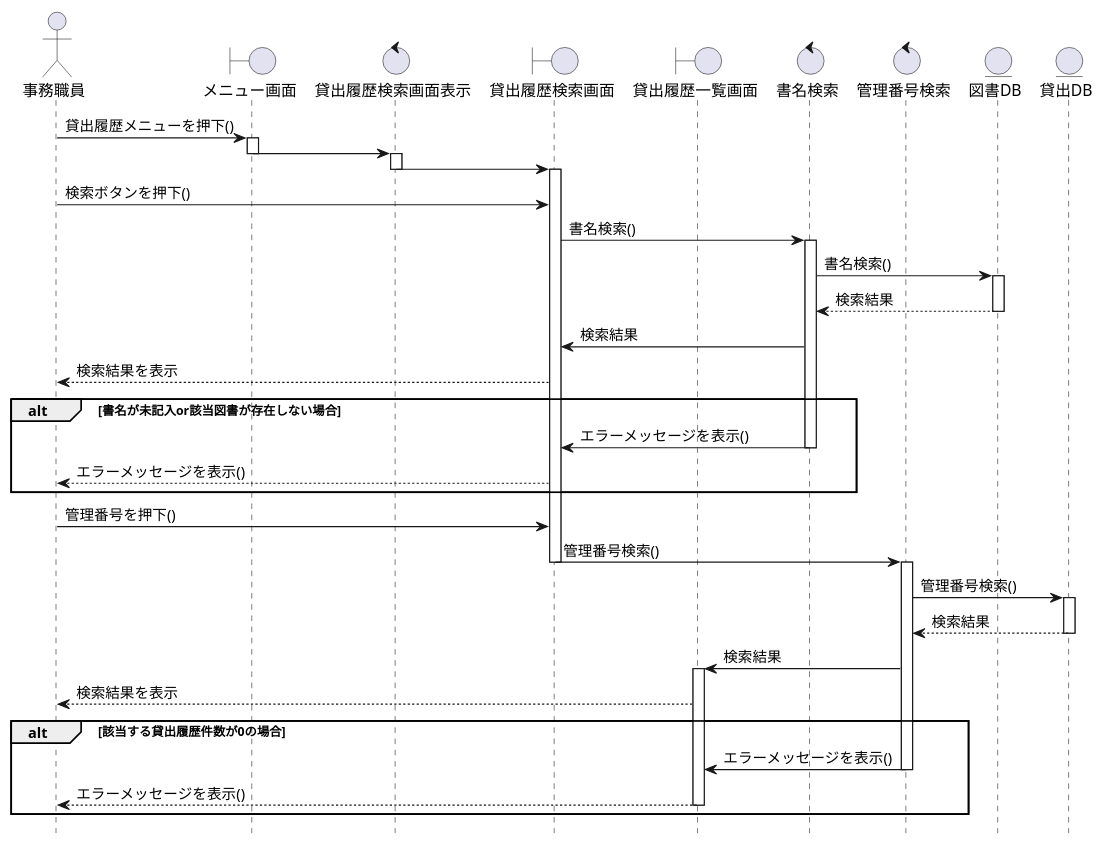
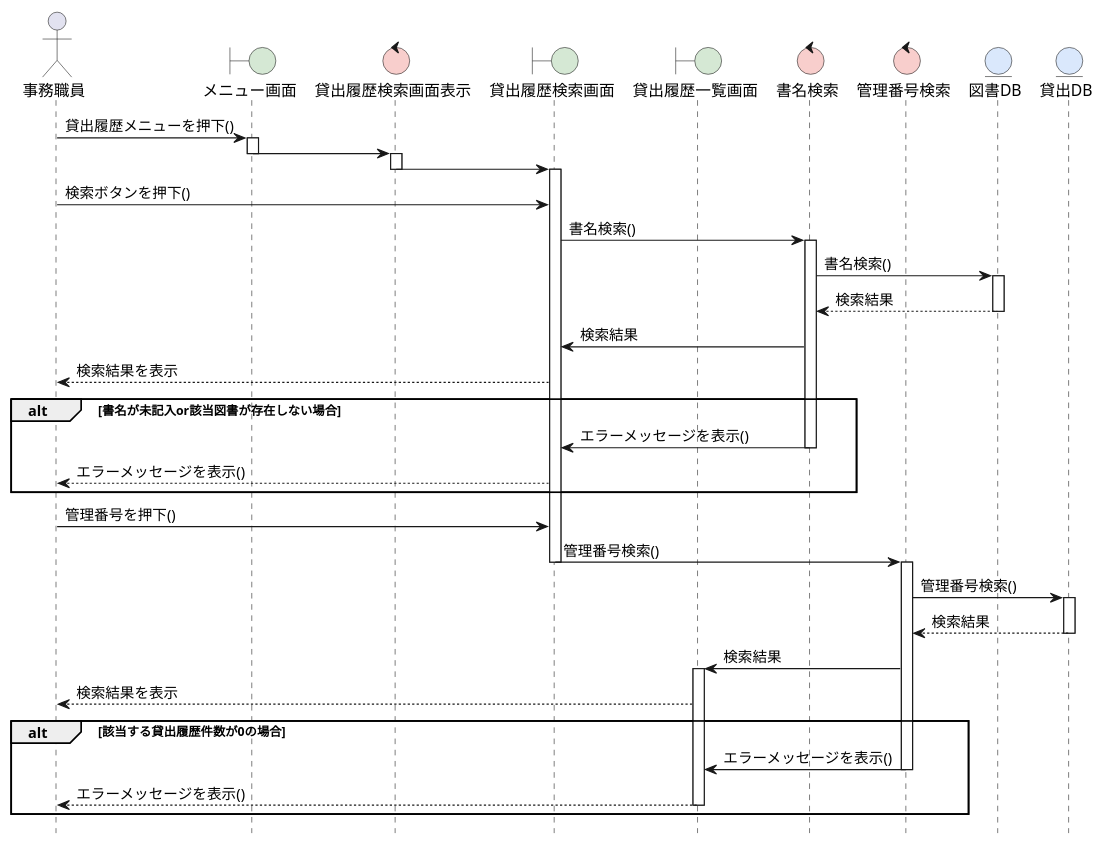
The diagram in kouka2/sequense_view.pu (FujikawaHirono0520/group3_1_dogdog), drawn with PlantUML before and after one commit.

Commit message:
閲覧履歴

```diff
--- a/kouka2/sequense_view.pu
+++ b/kouka2/sequense_view.pu
@@ -1,76 +1,79 @@
 @startuml  貸出履歴検索・一覧表示シーケンス図 
 
 ' 図の下部にある参加者名を非表示にします
 hide footbox
+skinparam boundaryBackgroundColor #D5E8D4
+skinparam controlBackgroundColor  #F8CECC
+skinparam entityBackgroundColor   #DAE8FC
 
 ' 参加者の定義
 actor 事務職員
 boundary "メニュー画面" as Menu
 control "貸出履歴検索画面表示" as SearchDisplayControl
 boundary "貸出履歴検索画面" as SearchScreen
 boundary "貸出履歴一覧画面" as ListScreen
 control "書名検索" as TitleSearchControl
 control "管理番号検索" as IdSearchControl
 entity "図書DB" as BookDB
 entity "貸出DB" as LoanDB
 
 
 ' 処理開始
 事務職員 -> Menu : 貸出履歴メニューを押下()
 activate Menu
 Menu -> SearchDisplayControl
 deactivate Menu
 activate SearchDisplayControl
 SearchDisplayControl -> SearchScreen
 deactivate SearchDisplayControl
 activate SearchScreen
 
 ' 1. 書名による検索のフロー
 事務職員 -> SearchScreen : 検索ボタンを押下()
 SearchScreen -> TitleSearchControl : 書名検索()
 activate TitleSearchControl
 
 ' 検索成功ルート
 TitleSearchControl -> BookDB : 書名検索()
 activate BookDB
 BookDB --> TitleSearchControl : 検索結果
 deactivate BookDB
 TitleSearchControl -> SearchScreen : 検索結果
 SearchScreen --> 事務職員 : 検索結果を表示
 
 ' 検索エラーメッセージ表示ルート
 alt 書名が未記入or該当図書が存在しない場合
     TitleSearchControl -> SearchScreen : エラーメッセージを表示()
     deactivate TitleSearchControl
     SearchScreen --> 事務職員 : エラーメッセージを表示()
 end
 
 
 ' 2. 管理番号による一覧表示のフロー
 事務職員 -> SearchScreen : 管理番号を押下()
 SearchScreen -> IdSearchControl : 管理番号検索()
 deactivate SearchScreen
 activate IdSearchControl
 
 IdSearchControl -> LoanDB : 管理番号検索()
 activate LoanDB
 LoanDB --> IdSearchControl : 検索結果
 deactivate LoanDB
 
 ' 一覧表示成功ルート
 IdSearchControl -> ListScreen : 検索結果
 activate ListScreen
 ListScreen --> 事務職員 : 検索結果を表示
 
 ' 一覧表示エラーメッセージ表示ルート
 alt 該当する貸出履歴件数が0の場合
     IdSearchControl -> ListScreen : エラーメッセージを表示()
     deactivate IdSearchControl
     ListScreen --> 事務職員 : エラーメッセージを表示()
     deactivate ListScreen
 end
 
 ' SearchScreen のアクティベーション終了
 deactivate SearchScreen
 
 @enduml
```
